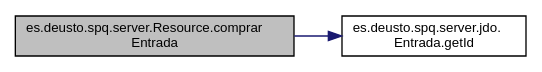
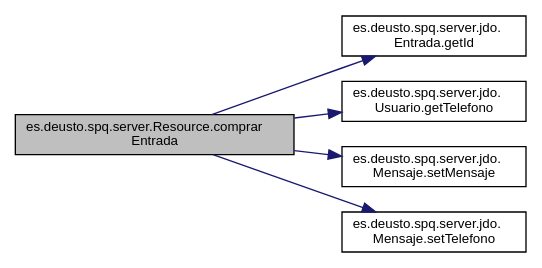
One commit to benatbarrueta/gestionEventos changed the diagram in classes_1_1deusto_1_1spq_1_1server_1_1_resource_ae01adbcaf25858c21d32df97ac215d89_cgraph.dot. Above: the diagram before and after it, drawn with Graphviz. The commit also changed 114 other files, not shown here.

```diff
--- a/classes_1_1deusto_1_1spq_1_1server_1_1_resource_ae01adbcaf25858c21d32df97ac215d89_cgraph.dot
+++ b/classes_1_1deusto_1_1spq_1_1server_1_1_resource_ae01adbcaf25858c21d32df97ac215d89_cgraph.dot
@@ -1,10 +1,16 @@
 digraph "es.deusto.spq.server.Resource.comprarEntrada"
 {
  // LATEX_PDF_SIZE
   edge [fontname="Helvetica",fontsize="10",labelfontname="Helvetica",labelfontsize="10"];
   node [fontname="Helvetica",fontsize="10",shape=record];
   rankdir="LR";
   Node1 [label="es.deusto.spq.server.Resource.comprar\lEntrada",height=0.2,width=0.4,color="black", fillcolor="grey75", style="filled", fontcolor="black",tooltip=" "];
   Node1 -> Node2 [color="midnightblue",fontsize="10",style="solid",fontname="Helvetica"];
   Node2 [label="es.deusto.spq.server.jdo.\lEntrada.getId",height=0.2,width=0.4,color="black", fillcolor="white", style="filled",URL="$classes_1_1deusto_1_1spq_1_1server_1_1jdo_1_1_entrada.html#aad018380011fc0eab9af229e1dfcc6a6",tooltip=" "];
+  Node1 -> Node3 [color="midnightblue",fontsize="10",style="solid",fontname="Helvetica"];
+  Node3 [label="es.deusto.spq.server.jdo.\lUsuario.getTelefono",height=0.2,width=0.4,color="black", fillcolor="white", style="filled",URL="$classes_1_1deusto_1_1spq_1_1server_1_1jdo_1_1_usuario.html#ae7b723eeb24d00ba3d6541e7c8ddcf34",tooltip=" "];
+  Node1 -> Node4 [color="midnightblue",fontsize="10",style="solid",fontname="Helvetica"];
+  Node4 [label="es.deusto.spq.server.jdo.\lMensaje.setMensaje",height=0.2,width=0.4,color="black", fillcolor="white", style="filled",URL="$classes_1_1deusto_1_1spq_1_1server_1_1jdo_1_1_mensaje.html#ab70b92ee15f2f6461913035b03383fc6",tooltip=" "];
+  Node1 -> Node5 [color="midnightblue",fontsize="10",style="solid",fontname="Helvetica"];
+  Node5 [label="es.deusto.spq.server.jdo.\lMensaje.setTelefono",height=0.2,width=0.4,color="black", fillcolor="white", style="filled",URL="$classes_1_1deusto_1_1spq_1_1server_1_1jdo_1_1_mensaje.html#a848d2db2c0d7b01557448f77008473b4",tooltip=" "];
 }
```
